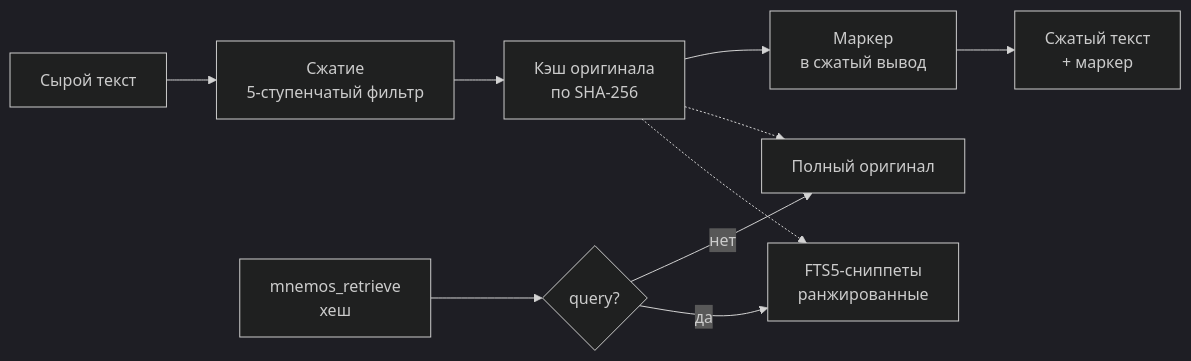
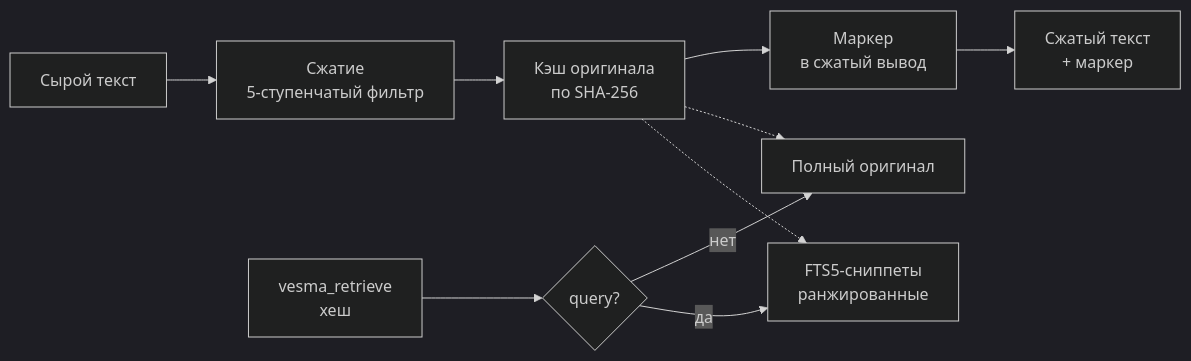
The first of 3 diagrams in viewer/src/features/docs/content/upstream/mnemos/ru/architecture/overview.md (vesmaro/vesma-eyes), drawn with Mermaid (dark theme) before and after one commit. The commit also changed other lines of this file and 76 other files, not shown here.

````diff
--- a/viewer/src/features/docs/content/upstream/mnemos/ru/architecture/overview.md
+++ b/viewer/src/features/docs/content/upstream/mnemos/ru/architecture/overview.md
@@ -118,12 +133,12 @@
 ```mermaid
 flowchart LR
     A[Сырой текст] --> B[Сжатие<br/>5-ступенчатый фильтр]
     B --> C[Кэш оригинала<br/>по SHA-256]
     C --> D[Маркер<br/>в сжатый вывод]
     D --> E[Сжатый текст<br/>+ маркер]
-    F[mnemos_retrieve<br/>хеш] --> G{query?}
+    F[vesma_retrieve<br/>хеш] --> G{query?}
     G -->|нет| H[Полный оригинал]
     G -->|да| I[FTS5-сниппеты<br/>ранжированные]
     C -.-> H
     C -.-> I
 ```
````
